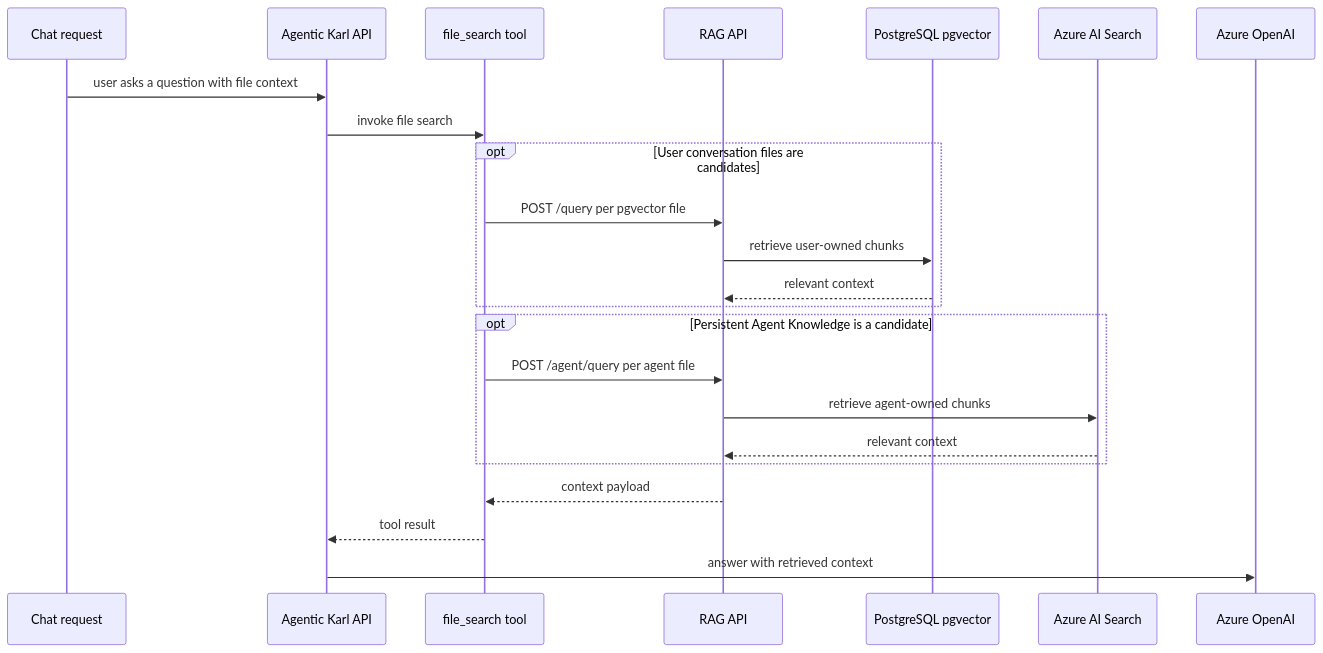
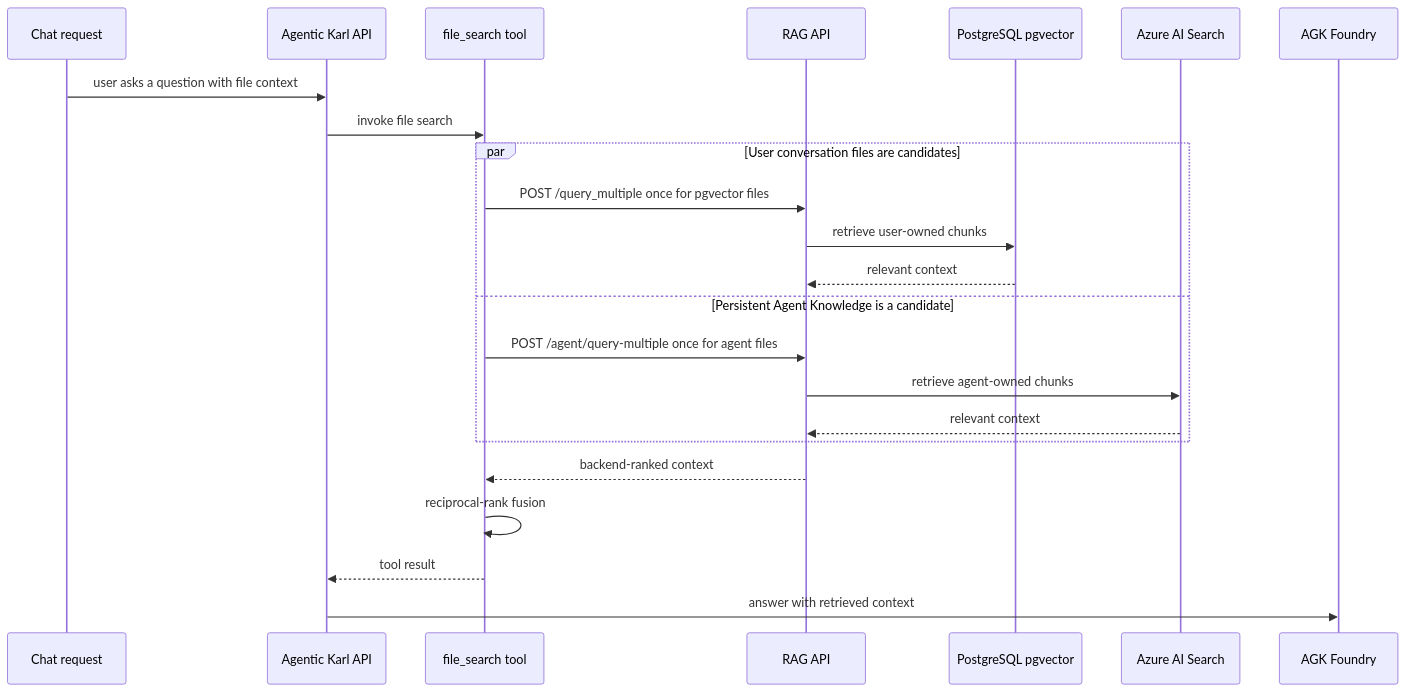
One commit to Falenos/LibreChat changed the eighth of 10 diagrams in knauf/docs/reference/agentic-karl-architecture.md. Above: the diagram before and after it, drawn with Mermaid. The commit also changed other lines of this file and 8 other files, not shown here.

First line of the commit message:
docs: refresh AGK infrastructure context (#289)

````diff
--- a/knauf/docs/reference/agentic-karl-architecture.md
+++ b/knauf/docs/reference/agentic-karl-architecture.md
@@ -715,26 +801,26 @@
 ```mermaid
 sequenceDiagram
   participant Chat as Chat request
   participant API as Agentic Karl API
   participant Tool as file_search tool
   participant RAG as RAG API
   participant PG as PostgreSQL pgvector
   participant Search as Azure AI Search
-  participant Model as Azure OpenAI
+  participant Model as AGK Foundry
 
   Chat->>API: user asks a question with file context
   API->>Tool: invoke file search
-  opt User conversation files are candidates
-    Tool->>RAG: POST /query per pgvector file
+  par User conversation files are candidates
+    Tool->>RAG: POST /query_multiple once for pgvector files
     RAG->>PG: retrieve user-owned chunks
     PG-->>RAG: relevant context
-  end
-  opt Persistent Agent Knowledge is a candidate
-    Tool->>RAG: POST /agent/query per agent file
+  and Persistent Agent Knowledge is a candidate
+    Tool->>RAG: POST /agent/query-multiple once for agent files
     RAG->>Search: retrieve agent-owned chunks
     Search-->>RAG: relevant context
   end
-  RAG-->>Tool: context payload
+  RAG-->>Tool: backend-ranked context
+  Tool->>Tool: reciprocal-rank fusion
   Tool-->>API: tool result
   API->>Model: answer with retrieved context
 ```
````
